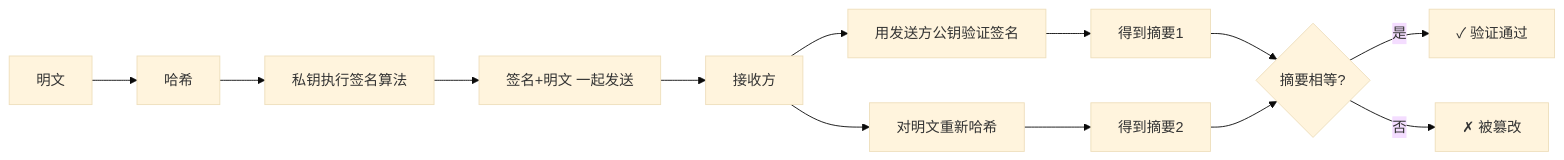
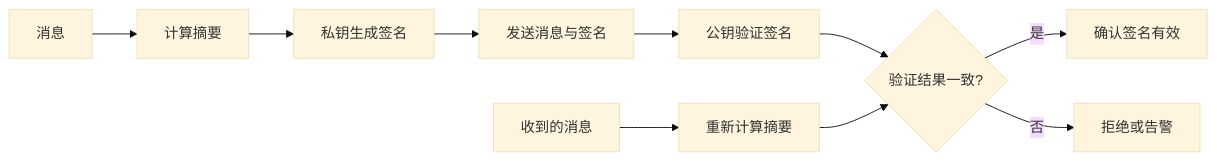
Before and after one commit to 74262195/system-architect-notes: the diagram in 01_综合知识/03_信息安全技术/01_密码学与PKI/数字签名.md, drawn with Mermaid (base theme). The commit also changed other lines of this file and 25 other files, not shown here.

````diff
--- a/01_综合知识/03_信息安全技术/01_密码学与PKI/数字签名.md
+++ b/01_综合知识/03_信息安全技术/01_密码学与PKI/数字签名.md
@@ -48,15 +32,12 @@
-```mermaid
+~~~mermaid
 flowchart LR
-    A[明文] --> B[哈希]
-    B --> C[私钥执行签名算法]
-    C --> D[签名+明文 一起发送]
-    D --> E[接收方]
-    E --> F[用发送方公钥验证签名]
-    F --> G[得到摘要1]
-    E --> H[对明文重新哈希]
-    H --> I[得到摘要2]
-    G --> J{摘要相等?}
-    I --> J
-    J -->|是| K[✓ 验证通过]
-    J -->|否| L[✗ 被篡改]
-```
+    A[消息] --> B[计算摘要]
+    B --> C[私钥生成签名]
+    C --> D[发送消息与签名]
+    D --> E[公钥验证签名]
+    A2[收到的消息] --> F[重新计算摘要]
+    E --> G{验证结果一致?}
+    F --> G
+    G -- 是 --> H[确认签名有效]
+    G -- 否 --> I[拒绝或告警]
+~~~
````
